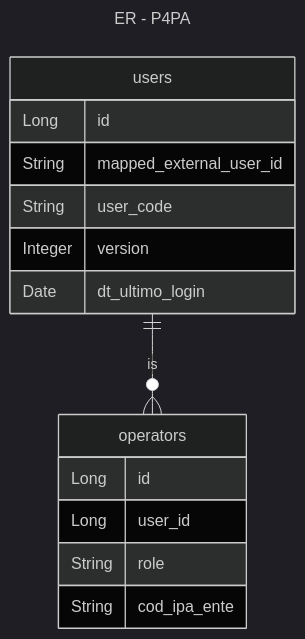
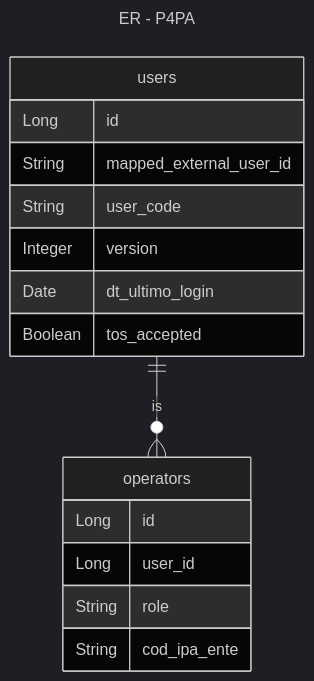
One commit to pagopa/p4pa-doc changed the diagram in design/auth/entityRelationship-p4pa.mmd. Above: the diagram before and after it, drawn with Mermaid (dark theme).

Commit message:
tos_accepted field

```diff
--- a/design/auth/entityRelationship-p4pa.mmd
+++ b/design/auth/entityRelationship-p4pa.mmd
@@ -1,20 +1,21 @@
 ---
 title: ER - P4PA
 ---
 erDiagram
     users {
         Long id
         String mapped_external_user_id
         String user_code
         Integer version
         Date dt_ultimo_login
+        Boolean tos_accepted
     }
 
     operators {
         Long id
         Long user_id
         String role
         String cod_ipa_ente
     }
 
     users ||--o{ operators : is
```
